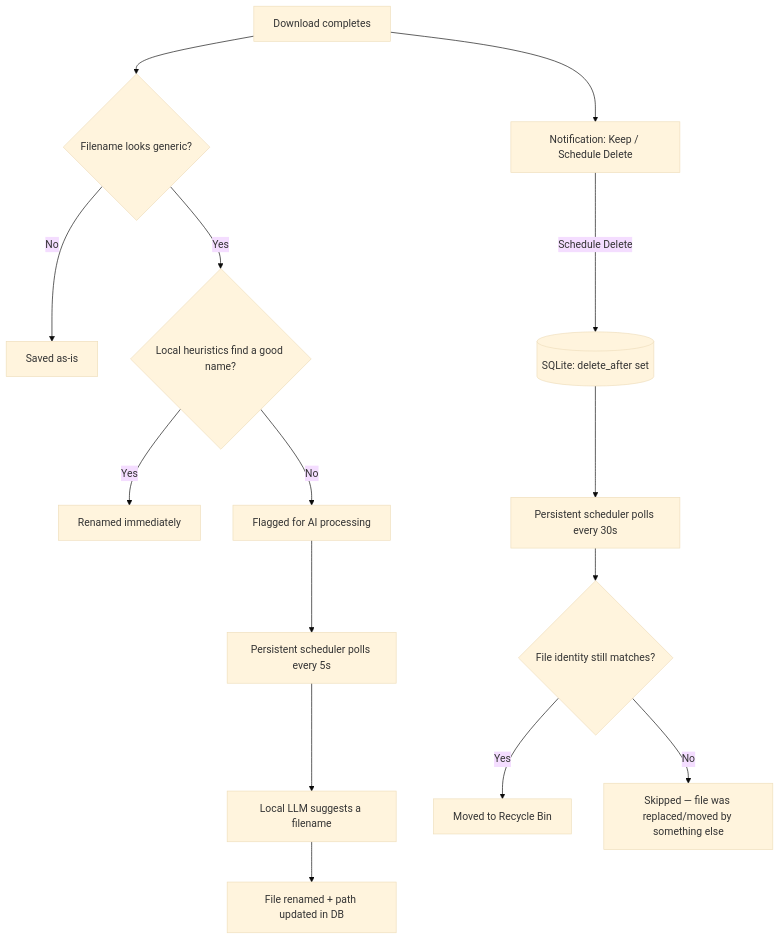
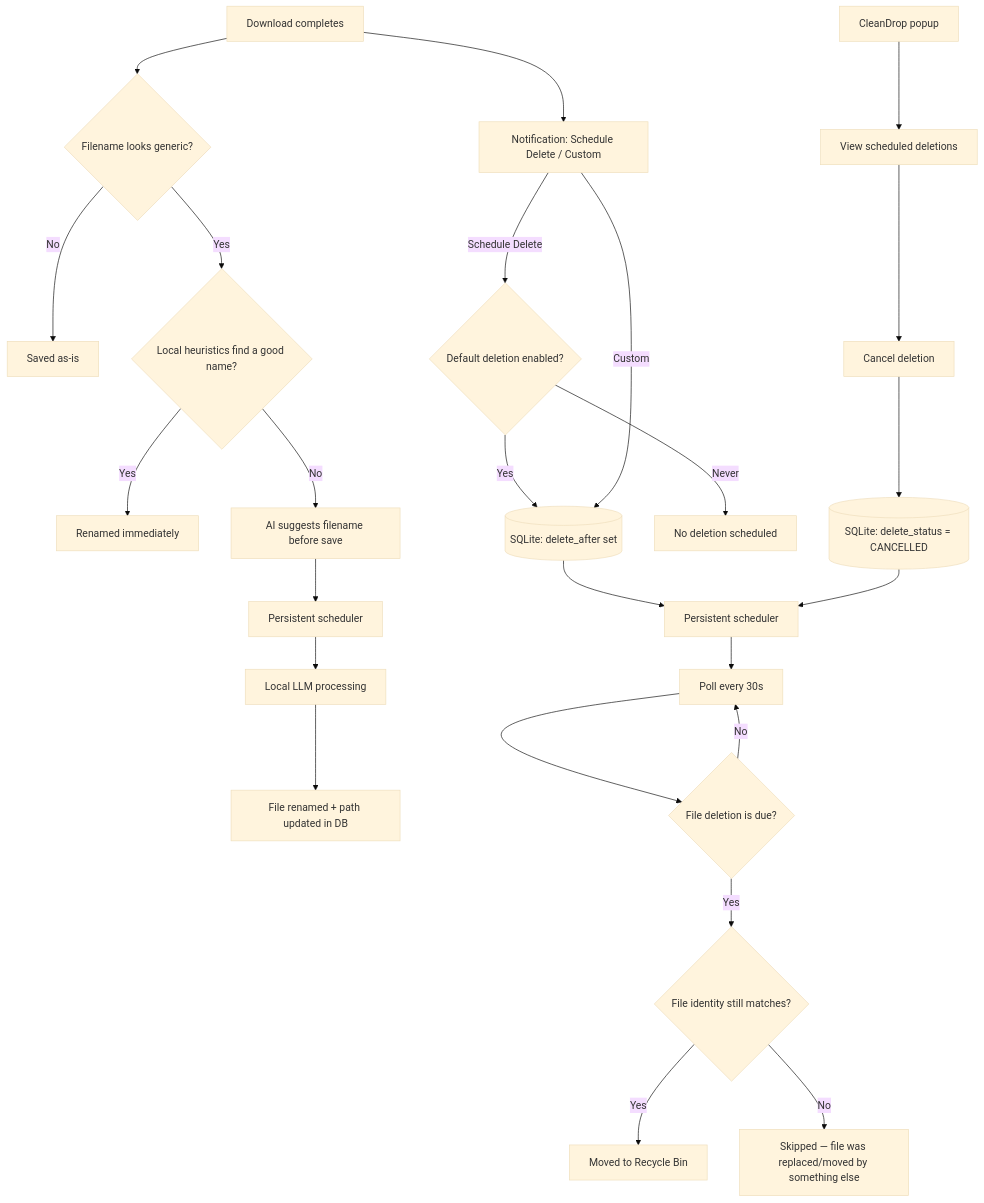
One commit to its-nott-me/CleanDrop changed the diagram in README.md. Above: the diagram before and after it, drawn with Mermaid (base theme). The commit also changed other lines of this file, not shown here.

````diff
--- a/README.md
+++ b/README.md
@@ -21,20 +25,32 @@
 ```mermaid
 flowchart TD
     A[Download completes] --> B{Filename looks generic?}
     B -- No --> Z[Saved as-is]
     B -- Yes --> C{Local heuristics find a good name?}
     C -- Yes --> D[Renamed immediately]
-    C -- No --> E[Flagged for AI processing]
+    C -- No --> E[AI suggests filename before save]
 
-    A --> F[Notification: Keep / Schedule Delete]
-    F -- Schedule Delete --> G[(SQLite: delete_after set)]
+    A --> F[Notification: Schedule Delete / Custom]
+    F -- Schedule Delete --> G{Default deletion enabled?}
+    G -- Yes --> H[(SQLite: delete_after set)]
+    G -- Never --> I[No deletion scheduled]
+    F -- Custom --> H
 
-    E --> H[Persistent scheduler polls every 5s]
-    H --> I[Local LLM suggests a filename]
-    I --> J[File renamed + path updated in DB]
+    P[CleanDrop popup] --> J[View scheduled deletions]
+    J --> K[Cancel deletion]
+    K --> L[(SQLite: delete_status = CANCELLED)]
 
-    G --> K[Persistent scheduler polls every 30s]
-    K --> L{File identity still matches?}
-    L -- Yes --> M[Moved to Recycle Bin]
-    L -- No --> N[Skipped — file was replaced/moved by something else]
+    E --> M[Persistent scheduler]
+    H --> N[Persistent scheduler]
+    L --> N
+
+    M --> O[Local LLM processing]
+    O --> Q[File renamed + path updated in DB]
+
+    N --> R[Poll every 30s]
+    R --> S{File deletion is due?}
+    S -- No --> R
+    S -- Yes --> T{File identity still matches?}
+    T -- Yes --> U[Moved to Recycle Bin]
+    T -- No --> V[Skipped — file was replaced/moved by something else]
 ```
````
